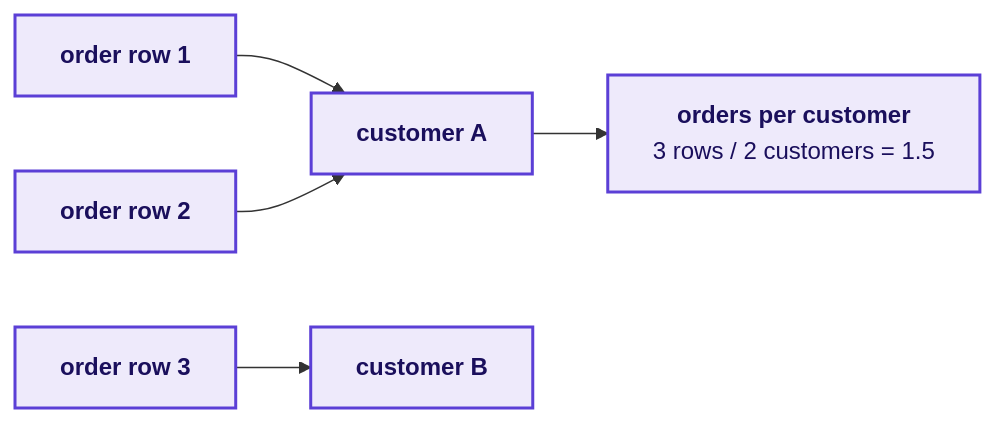
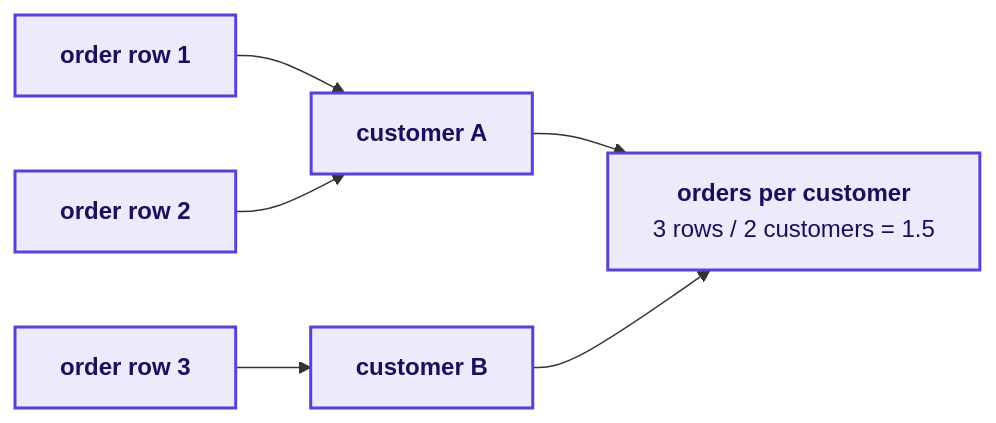
Diagram 21 of 31 in content/W01/D1/slides/C2_W01_D01_half1_STUDENT.md (fde-academy-lab/c2-content-factory), drawn with Mermaid before and after one commit. The commit also changed other lines of this file and 22 other files, not shown here.

````diff
--- a/content/W01/D1/slides/C2_W01_D01_half1_STUDENT.md
+++ b/content/W01/D1/slides/C2_W01_D01_half1_STUDENT.md
@@ -864,9 +1200,9 @@
 ```mermaid
 flowchart LR
     O1["<b>order row 1</b>"] --> P1["<b>customer A</b>"]
     O2["<b>order row 2</b>"] --> P1
     O3["<b>order row 3</b>"] --> P2["<b>customer B</b>"]
-    P1 --> F["<b>orders per customer</b><br/>3 rows / 2 customers = 1.5"]
+    P1 & P2 --> F["<b>orders per customer</b><br/>3 rows / 2 customers = 1.5"]
     classDef known fill:#EEEAFB,stroke:#5B3FD6,color:#1A0F5C,stroke-width:2px
     class O1,O2,O3,P1,P2,F known
 ```
````
